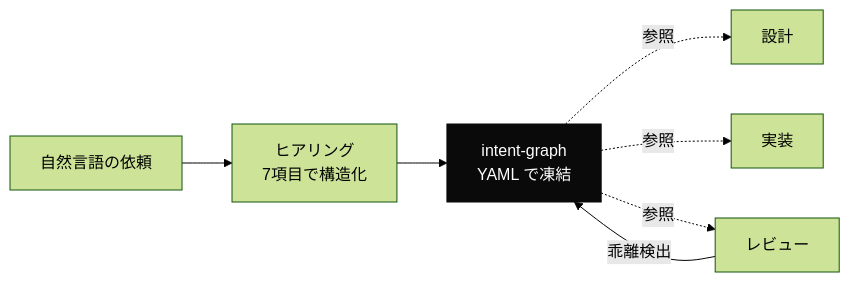
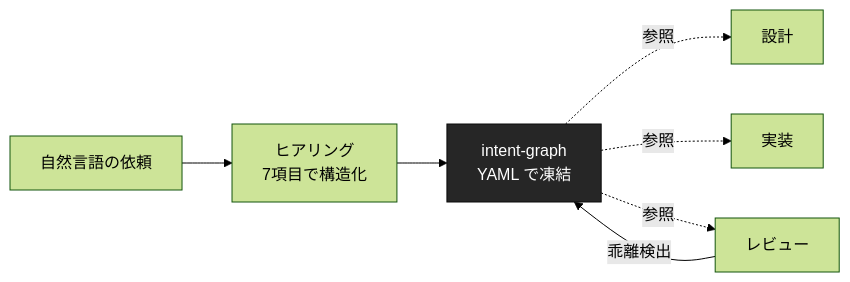
The diagram in docs/concepts/intent-engineering-意図を凍結してから設計する.md (dinekt/dinekt-wiki), drawn with Mermaid (forest theme) before and after one commit. The commit also changed 71 other files, not shown here.

First line of the commit message:
fix: mermaid readability + remove GitHub repo toolbar

````diff
--- a/docs/concepts/intent-engineering-意図を凍結してから設計する.md
+++ b/docs/concepts/intent-engineering-意図を凍結してから設計する.md
@@ -23,11 +23,11 @@
 ```mermaid
 flowchart LR
     A[自然言語の依頼] --> B[ヒアリング<br/>7項目で構造化]
     B --> C[intent-graph<br/>YAML で凍結]
     C -.参照.-> D[設計]
     C -.参照.-> E[実装]
     C -.参照.-> F[レビュー]
     F -->|乖離検出| C
 
-    style C fill:#0a0a0a,color:#fff,stroke:#0a0a0a
+    style C fill:#262626,color:#fff,stroke:#0a0a0a
 ```
````
